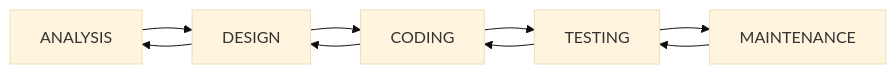
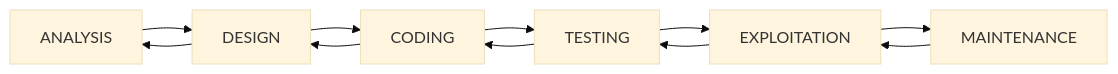
Before and after one commit to martinezpenya/ED-CFGS-2122: diagram 13 of 13 in UD01/UD01_EN.md, drawn with Mermaid (base theme). The commit also changed other lines of this file, not shown here.

````diff
--- a/UD01/UD01_EN.md
+++ b/UD01/UD01_EN.md
@@ -630,5 +630,5 @@
 ```mermaid
 graph LR
-ANALYSIS --> DESIGN --> CODING --> TESTING --> MAINTENANCE
-MAINTENANCE --> TESTING --> CODING --> DESIGN --> ANALYSIS
+ANALYSIS --> DESIGN --> CODING --> TESTING --> EXPLOITATION --> MAINTENANCE
+MAINTENANCE --> EXPLOITATION --> TESTING --> CODING --> DESIGN --> ANALYSIS
 ```
````
